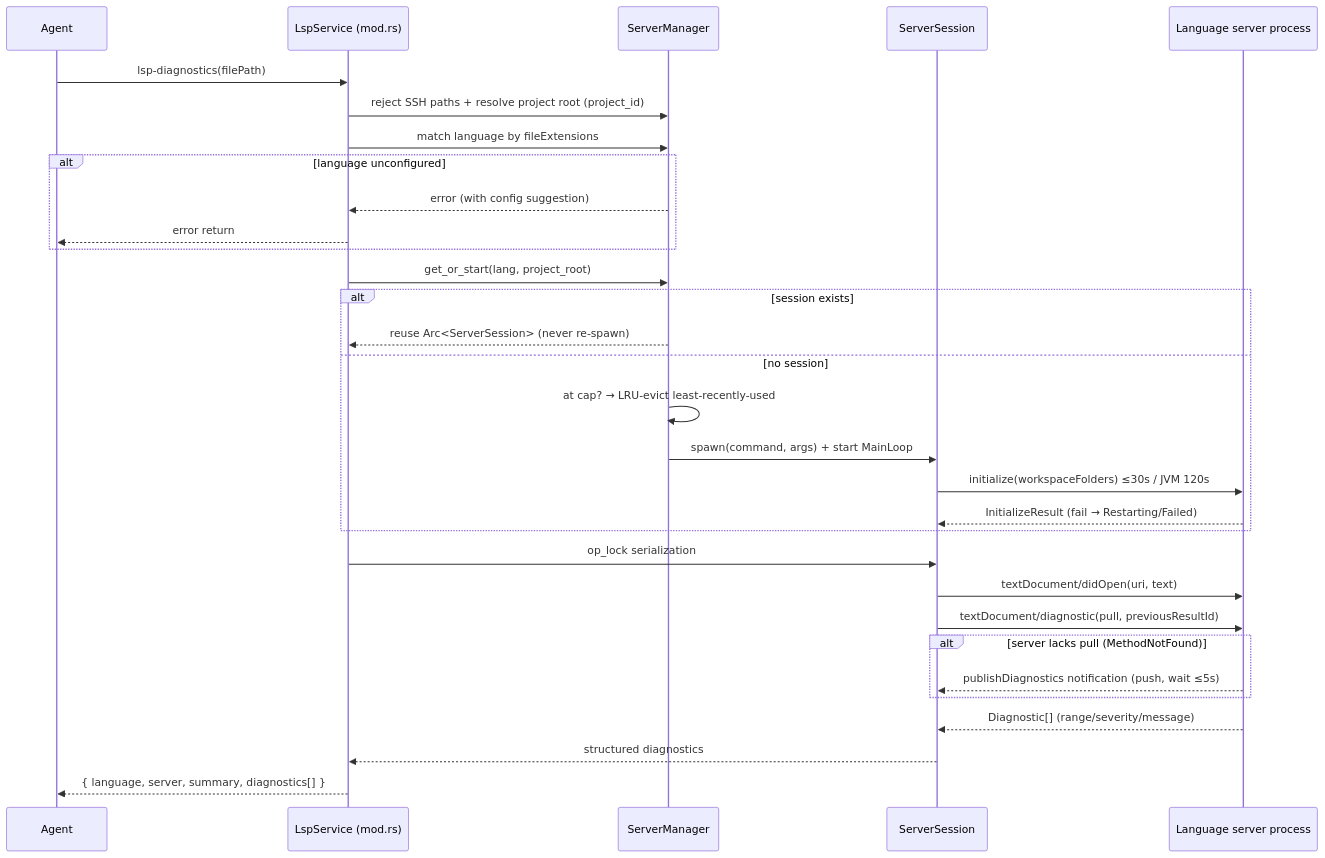
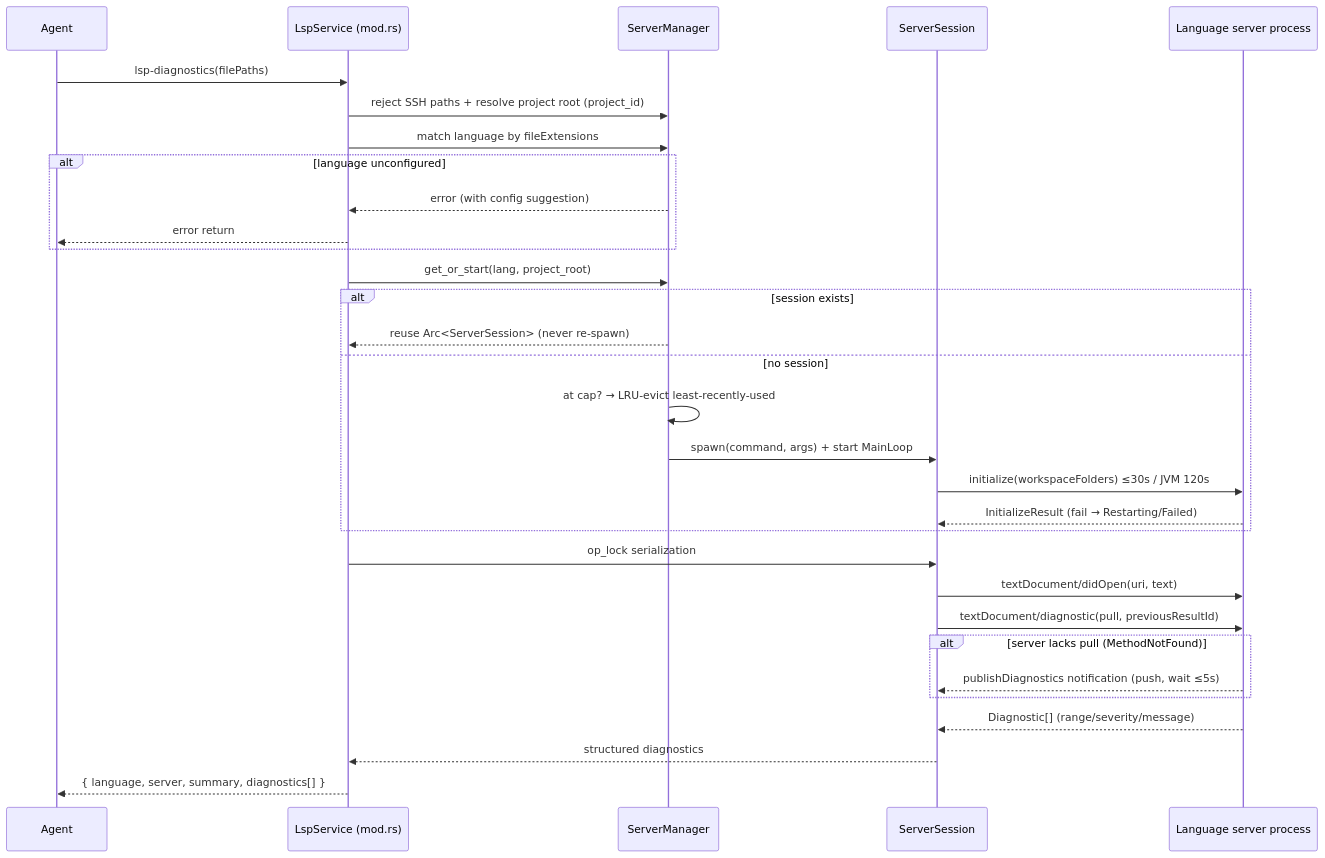
The third of 3 diagrams in docs/en/4-architecture-and-development/7-lsp-external-language-server-design.md (BaSui01/snow-app), drawn with Mermaid before and after one commit. The commit also changed other lines of this file and 12 other files, not shown here.

````diff
--- a/docs/en/4-architecture-and-development/7-lsp-external-language-server-design.md
+++ b/docs/en/4-architecture-and-development/7-lsp-external-language-server-design.md
@@ -658,34 +656,34 @@
 ```mermaid
 sequenceDiagram
     participant A as Agent
     participant C as LspService (mod.rs)
     participant M as ServerManager
     participant S as ServerSession
     participant P as Language server process
 
-    A->>C: lsp-diagnostics(filePath)
+    A->>C: lsp-diagnostics(filePaths)
     C->>M: reject SSH paths + resolve project root (project_id)
     C->>M: match language by fileExtensions
     alt language unconfigured
         M-->>C: error (with config suggestion)
         C-->>A: error return
     end
     C->>M: get_or_start(lang, project_root)
     alt session exists
         M-->>C: reuse Arc<ServerSession> (never re-spawn)
     else no session
         M->>M: at cap? → LRU-evict least-recently-used
         M->>S: spawn(command, args) + start MainLoop
         S->>P: initialize(workspaceFolders) ≤30s / JVM 120s
         P-->>S: InitializeResult (fail → Restarting/Failed)
     end
     C->>S: op_lock serialization
     S->>P: textDocument/didOpen(uri, text)
     S->>P: textDocument/diagnostic(pull, previousResultId)
     alt server lacks pull (MethodNotFound)
         P-->>S: publishDiagnostics notification (push, wait ≤5s)
     end
     P-->>S: Diagnostic[] (range/severity/message)
     S-->>C: structured diagnostics
     C-->>A: { language, server, summary, diagnostics[] }
 ```
````
